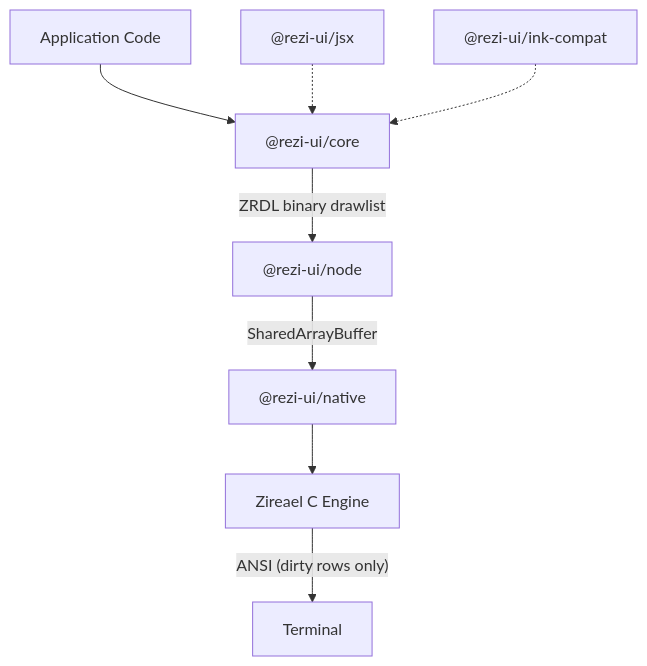
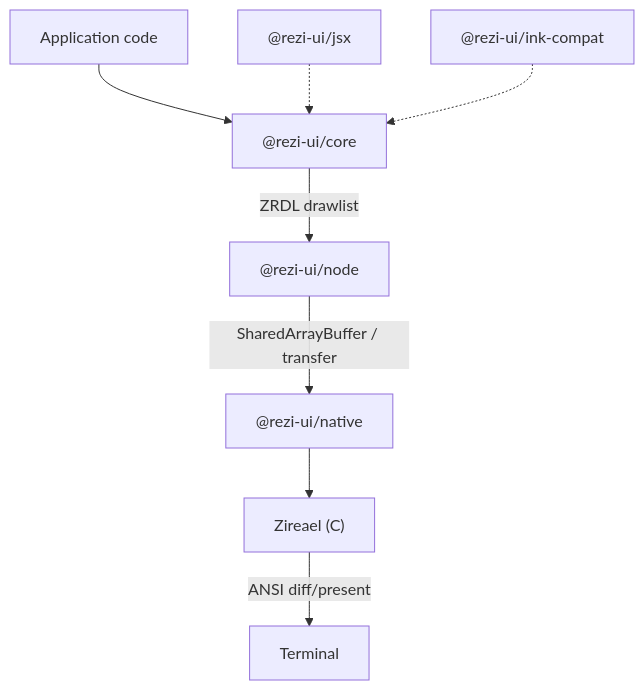
One commit to IronMask1234554321/Rezi changed the diagram in README.md. Above: the diagram before and after it, drawn with Mermaid. The commit also changed other lines of this file and 39 other files, not shown here.

````diff
--- a/README.md
+++ b/README.md
@@ -167,10 +149,10 @@
 ```mermaid
 flowchart TB
-  App["Application Code"] --> Core["@rezi-ui/core"]
+  App["Application code"] --> Core["@rezi-ui/core"]
   JSX["@rezi-ui/jsx"] -.-> Core
   InkCompat["@rezi-ui/ink-compat"] -.-> Core
-  Core -->|"ZRDL binary drawlist"| Node["@rezi-ui/node"]
-  Node -->|"SharedArrayBuffer"| Native["@rezi-ui/native"]
-  Native --> Engine["Zireael C Engine"]
-  Engine -->|"ANSI (dirty rows only)"| Terminal["Terminal"]
+  Core -->|"ZRDL drawlist"| Node["@rezi-ui/node"]
+  Node -->|"SharedArrayBuffer / transfer"| Native["@rezi-ui/native"]
+  Native --> Engine["Zireael (C)"]
+  Engine -->|"ANSI diff/present"| Terminal["Terminal"]
 ```
````
